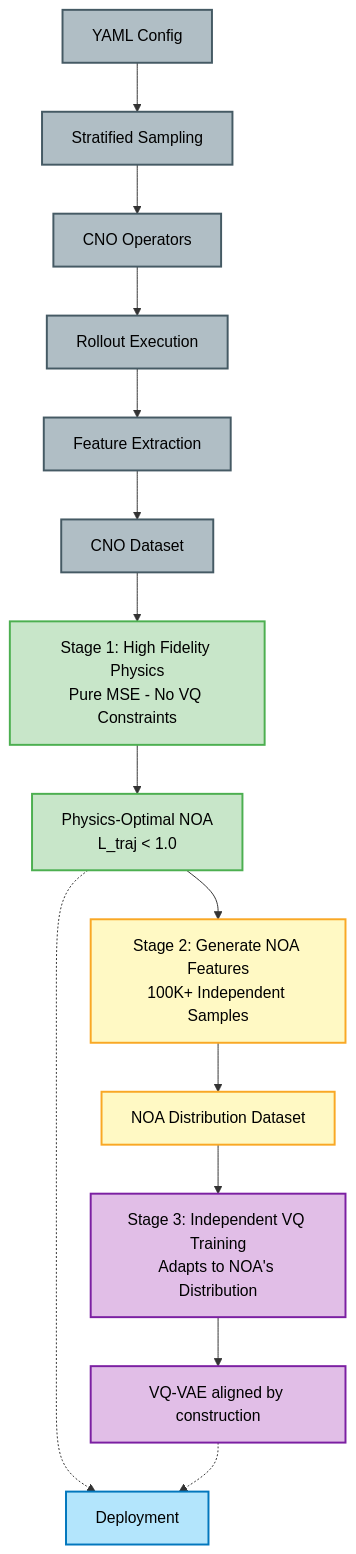
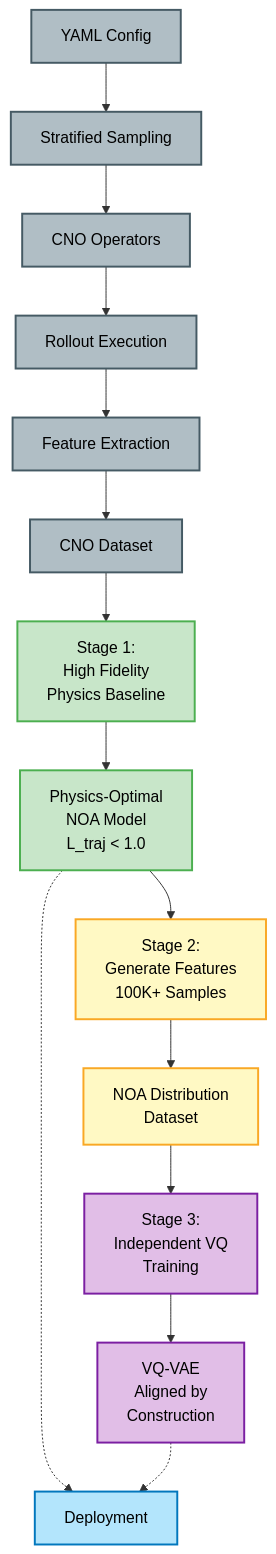
The diagram in README.md (dgabriele/spinlock), drawn with Mermaid before and after one commit. The commit also changed 1 other file, not shown here.

Commit message:
docs: fix mermaid diagram text truncation with shorter lines
Break long node labels into multiple lines using <br/> to prevent
text truncation (e.g., "High Fidelity Physi..." → "High Fidelity<br/>Physics Baseline").

Changes:
- README.md: Break all stage labels into 2-3 shorter lines
- docs/architecture.md: Break all stage labels into 2-3 shorter lines

This ensures all text displays fully in GitHub and other Mermaid renderers.

````diff
--- a/README.md
+++ b/README.md
@@ -180,32 +180,32 @@
 ```mermaid
 flowchart TB
     Config[YAML Config] --> Sampling[Stratified Sampling]
     Sampling --> CNOs[CNO Operators]
     CNOs --> Rollouts[Rollout Execution]
     Rollouts --> Extract[Feature Extraction]
     Extract --> CNOData[CNO Dataset]
 
-    CNOData --> Stage1[Stage 1: High Fidelity Physics<br/>Pure MSE - No VQ Constraints]
-    Stage1 --> NOAModel[Physics-Optimal NOA<br/>L_traj < 1.0]
+    CNOData --> Stage1[Stage 1:<br/>High Fidelity<br/>Physics Baseline]
+    Stage1 --> NOAModel[Physics-Optimal<br/>NOA Model<br/>L_traj < 1.0]
 
-    NOAModel --> Stage2[Stage 2: Generate NOA Features<br/>100K+ Independent Samples]
-    Stage2 --> NOAFeatures[NOA Distribution Dataset]
+    NOAModel --> Stage2[Stage 2:<br/>Generate Features<br/>100K+ Samples]
+    Stage2 --> NOAFeatures[NOA Distribution<br/>Dataset]
 
-    NOAFeatures --> Stage3[Stage 3: Independent VQ Training<br/>Adapts to NOA's Distribution]
-    Stage3 --> VQVAEModel[VQ-VAE aligned by construction]
+    NOAFeatures --> Stage3[Stage 3:<br/>Independent VQ<br/>Training]
+    Stage3 --> VQVAEModel[VQ-VAE<br/>Aligned by<br/>Construction]
 
     NOAModel -.-> Deployment[Deployment]
     VQVAEModel -.-> Deployment
 
     classDef phase0 fill:#b0bec5,stroke:#455a64,stroke-width:2px,color:#000
     classDef stage1 fill:#c8e6c9,stroke:#4caf50,stroke-width:2px,color:#000
     classDef stage2 fill:#fff9c4,stroke:#f9a825,stroke-width:2px,color:#000
     classDef stage3 fill:#e1bee7,stroke:#7b1fa2,stroke-width:2px,color:#000
     classDef deployment fill:#b3e5fc,stroke:#0277bd,stroke-width:2px,color:#000
 
     class Config,Sampling,CNOs,Rollouts,Extract,CNOData phase0
     class Stage1,NOAModel stage1
     class Stage2,NOAFeatures stage2
     class Stage3,VQVAEModel stage3
     class Deployment deployment
 ```
````
